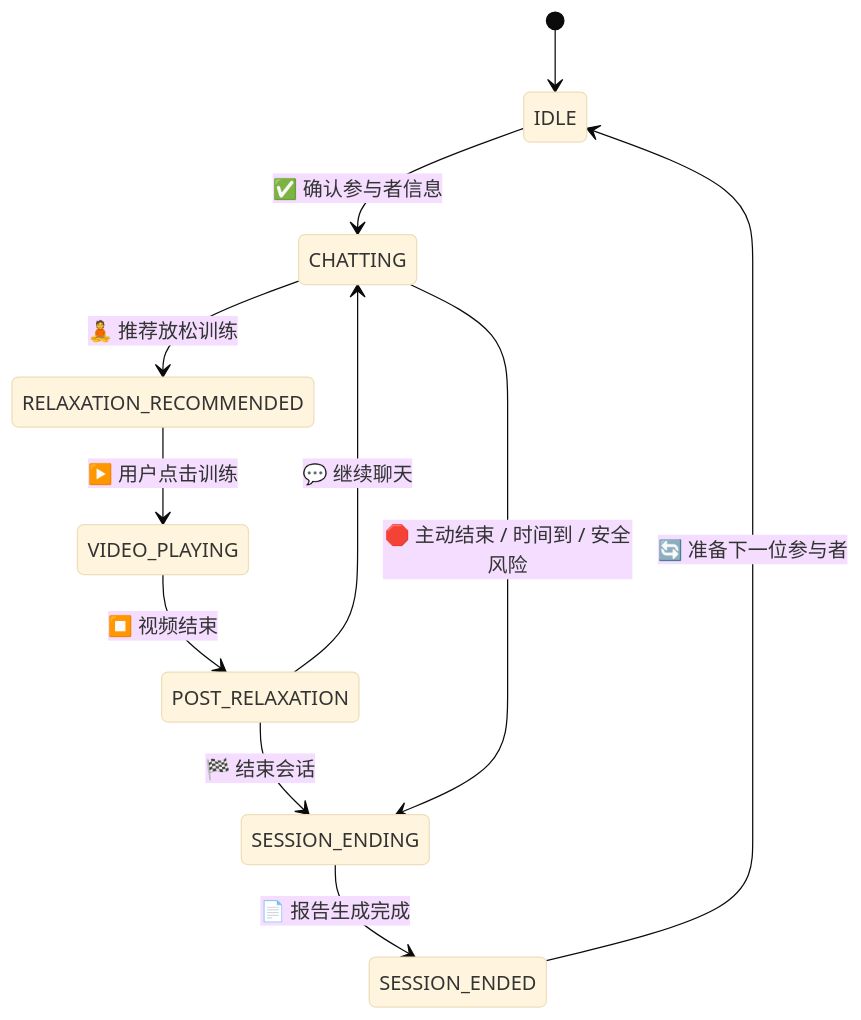
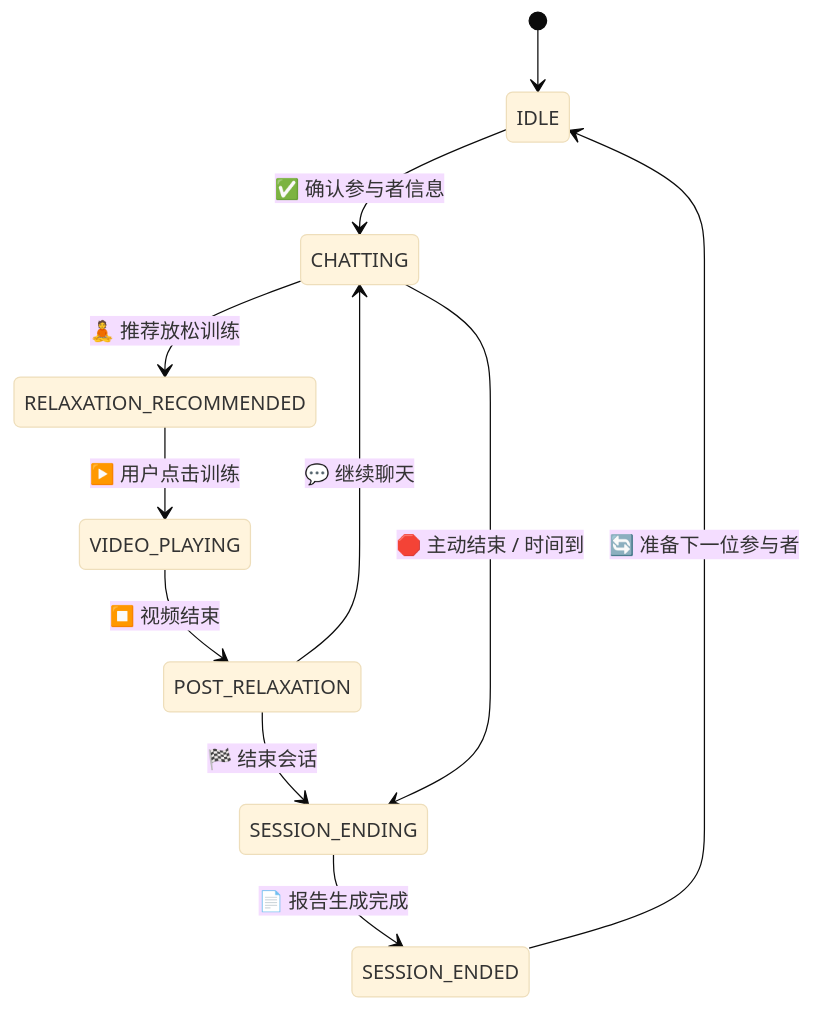
Before and after one commit to jersery66/voicechat3: the second of 4 diagrams in README.md, drawn with Mermaid (base theme). The commit also changed other lines of this file and 53 other files, not shown here.

Commit message:
refactor: detach crisis flow from production runtime

````diff
--- a/README.md
+++ b/README.md
@@ -190,13 +187,13 @@
 ```mermaid
 stateDiagram-v2
     [*] --> IDLE
     IDLE --> CHATTING: ✅ 确认参与者信息
     CHATTING --> RELAXATION_RECOMMENDED: 🧘 推荐放松训练
     RELAXATION_RECOMMENDED --> VIDEO_PLAYING: ▶️ 用户点击训练
     VIDEO_PLAYING --> POST_RELAXATION: ⏹️ 视频结束
     POST_RELAXATION --> CHATTING: 💬 继续聊天
     POST_RELAXATION --> SESSION_ENDING: 🏁 结束会话
-    CHATTING --> SESSION_ENDING: 🛑 主动结束 / 时间到 / 安全风险
+    CHATTING --> SESSION_ENDING: 🛑 主动结束 / 时间到
     SESSION_ENDING --> SESSION_ENDED: 📄 报告生成完成
     SESSION_ENDED --> IDLE: 🔄 准备下一位参与者
 ```
````
